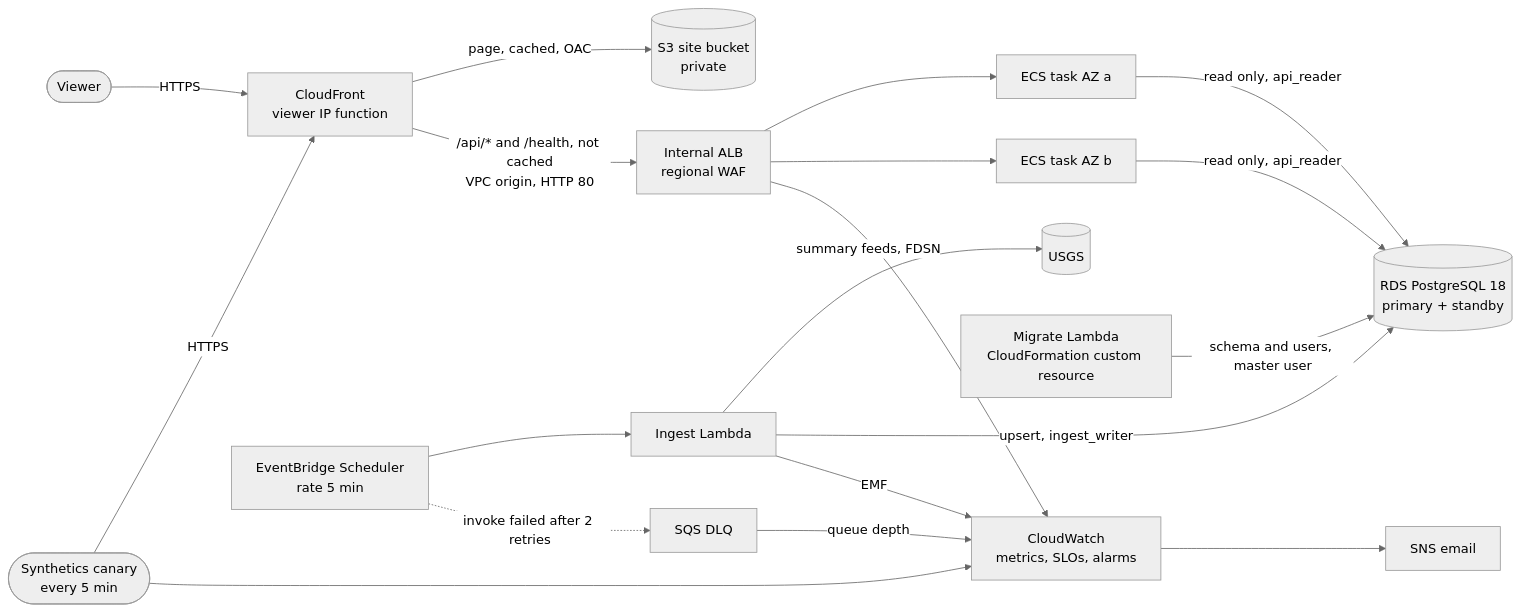
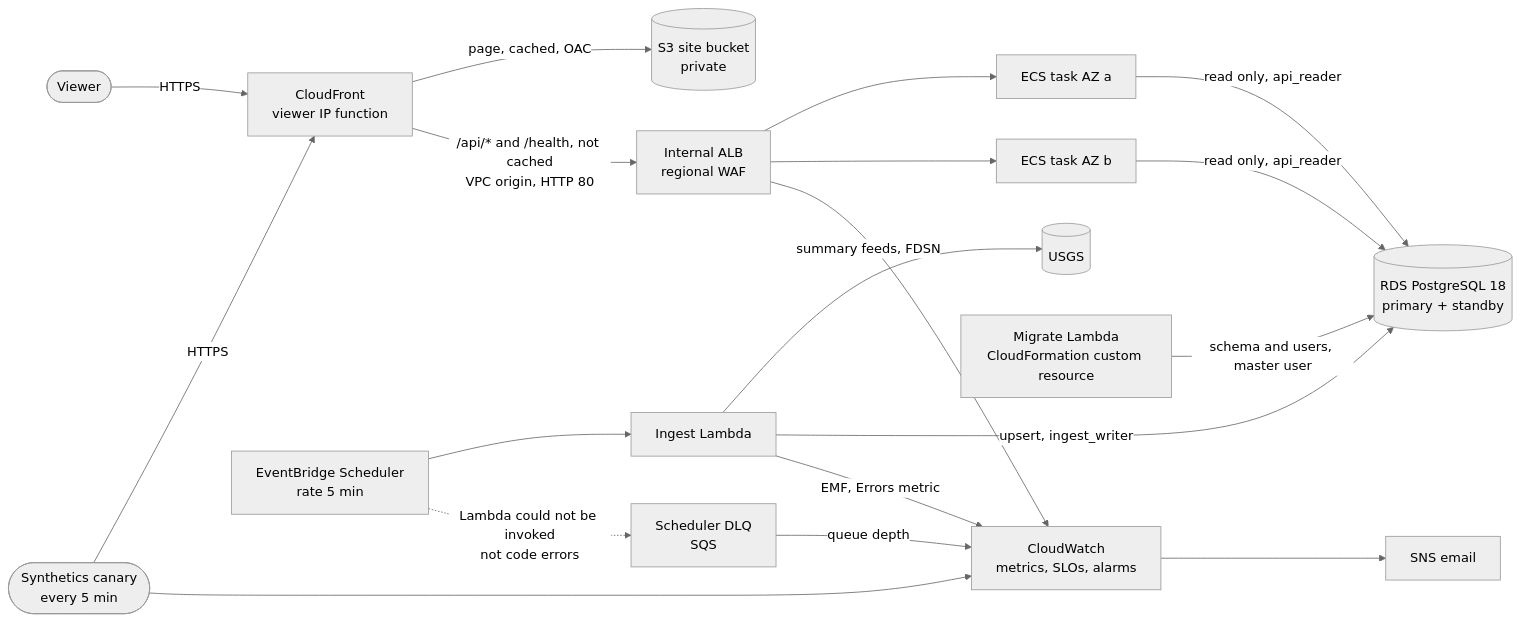
Before and after one commit to bjtabo/global-earthquake-monitoring: the first of 2 diagrams in docs/architecture.md, drawn with Mermaid (neutral theme). The commit also changed other lines of this file, not shown here.

Commit message:
docs: state that the DLQ belongs to the schedule, not the function

````diff
--- a/docs/architecture.md
+++ b/docs/architecture.md
@@ -17,21 +17,21 @@
 ```mermaid
 flowchart LR
   viewer([Viewer]) -->|HTTPS| cf[CloudFront<br/>viewer IP function]
   canary([Synthetics canary<br/>every 5 min]) -->|HTTPS| cf
   cf -->|page, cached, OAC| s3[(S3 site bucket<br/>private)]
   cf -->|/api/* and /health, not cached<br/>VPC origin, HTTP 80| alb[Internal ALB<br/>regional WAF]
   alb --> t1[ECS task AZ a]
   alb --> t2[ECS task AZ b]
   t1 -->|read only, api_reader| rds[(RDS PostgreSQL 18<br/>primary + standby)]
   t2 -->|read only, api_reader| rds
   sched[EventBridge Scheduler<br/>rate 5 min] --> ingest[Ingest Lambda]
   ingest -->|summary feeds, FDSN| usgs[(USGS)]
   ingest -->|upsert, ingest_writer| rds
   migrate[Migrate Lambda<br/>CloudFormation custom resource] -->|schema and users, master user| rds
-  sched -.->|invoke failed after 2 retries| dlq[SQS DLQ]
-  ingest -->|EMF| cw[CloudWatch<br/>metrics, SLOs, alarms]
+  sched -.->|Lambda could not be invoked<br/>not code errors| dlq[Scheduler DLQ<br/>SQS]
+  ingest -->|EMF, Errors metric| cw[CloudWatch<br/>metrics, SLOs, alarms]
   alb --> cw
   canary --> cw
   dlq -->|queue depth| cw
   cw --> sns[SNS email]
 ```
````
